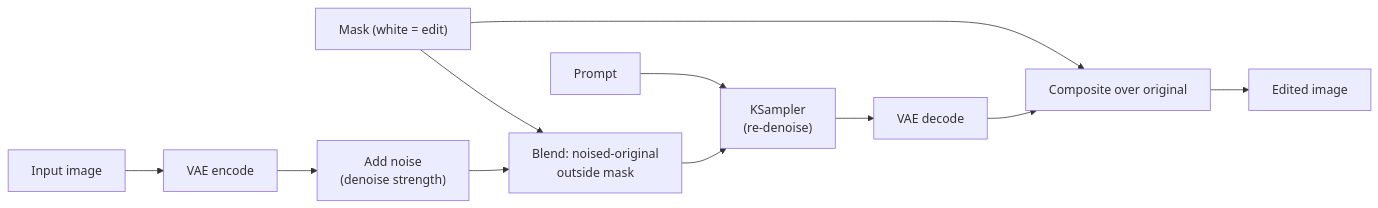
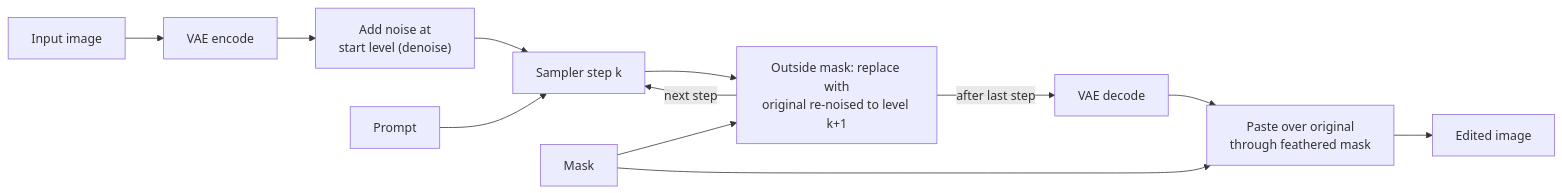
Before and after one commit to AndrewAltimit/Documentation: the second of 7 diagrams in github-pages/docs/ai-ml/inpainting-editing.md, drawn with Mermaid. The commit also changed other lines of this file and 240 other files, not shown here.

````diff
--- a/github-pages/docs/ai-ml/inpainting-editing.md
+++ b/github-pages/docs/ai-ml/inpainting-editing.md
@@ -124,12 +142,14 @@
 ```mermaid
 flowchart LR
     Img["Input image"] --> Enc["VAE encode"]
-    Mask["Mask (white = edit)"] --> Blend
-    Enc --> Noise["Add noise<br/>(denoise strength)"]
-    Noise --> Blend["Blend: noised-original<br/>outside mask"]
-    Prompt["Prompt"] --> KS["KSampler<br/>(re-denoise)"]
-    Blend --> KS
-    KS --> Dec["VAE decode"] --> Comp["Composite over original"]
+    Enc --> Noise["Add noise at<br/>start level (denoise)"]
+    Noise --> Step["Sampler step k"]
+    Prompt["Prompt"] --> Step
+    Step --> Pin["Outside mask: replace with<br/>original re-noised to level k+1"]
+    Mask["Mask"] --> Pin
+    Pin -->|"next step"| Step
+    Pin -->|"after last step"| Dec["VAE decode"]
+    Dec --> Comp["Paste over original<br/>through feathered mask"]
     Mask --> Comp
     Comp --> Out["Edited image"]
 ```
````
